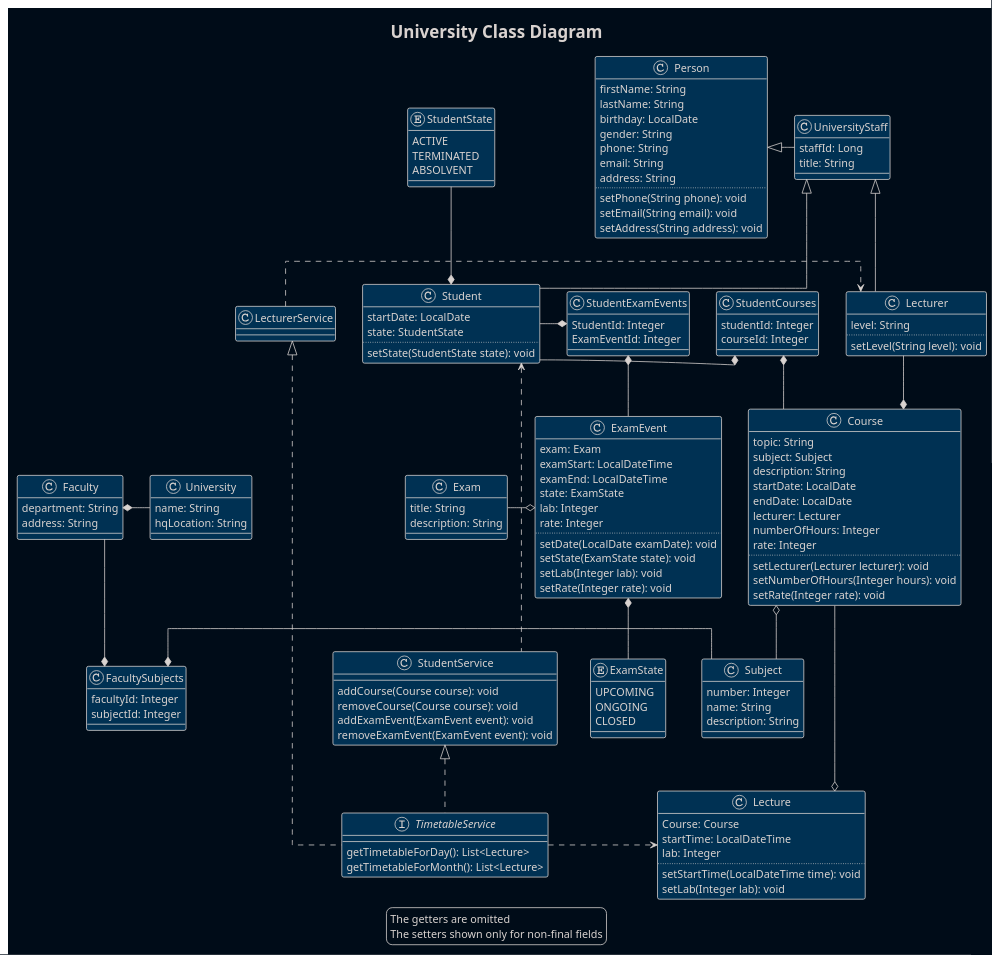
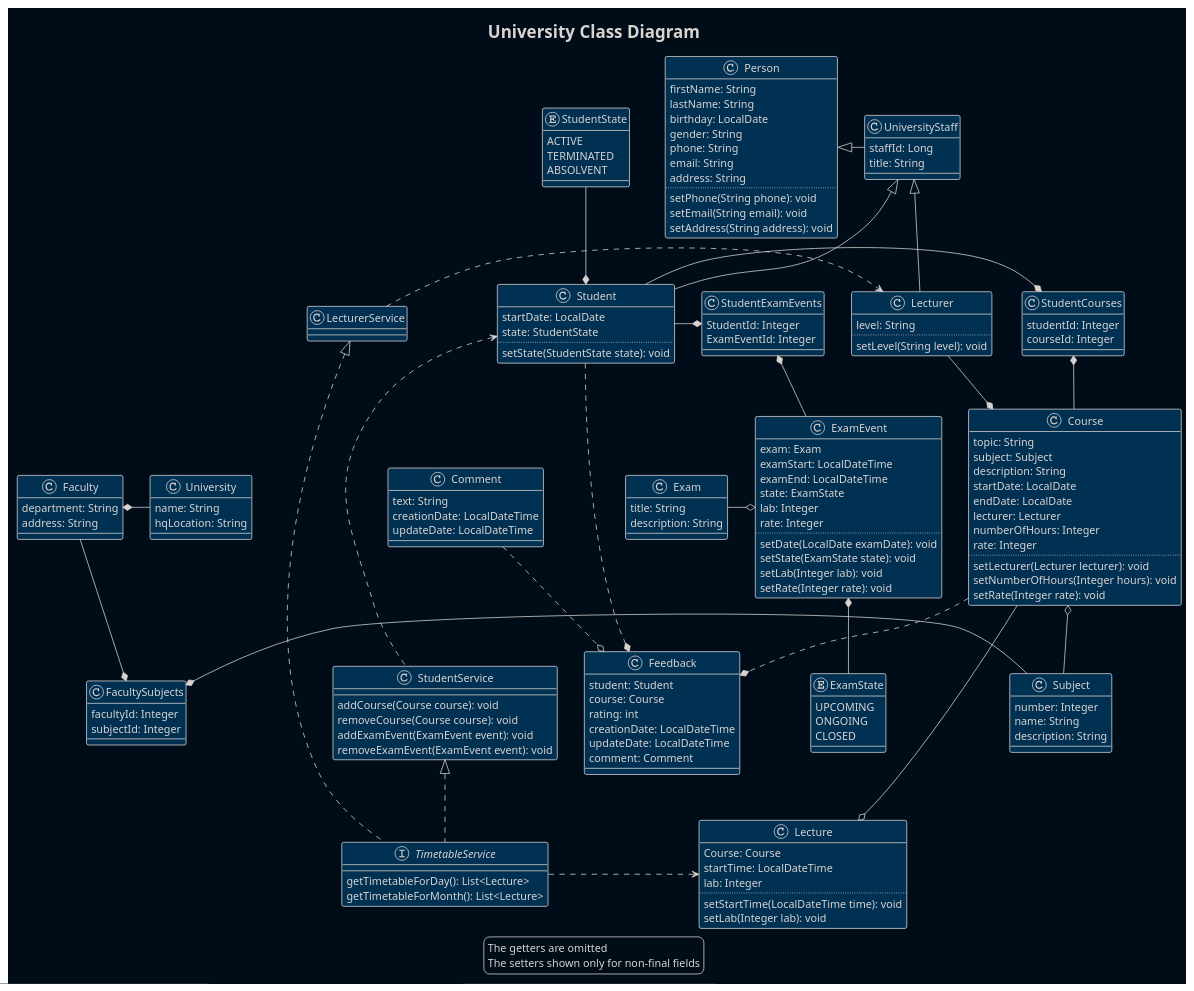
Before and after one commit to RomaEcho/University: the diagram in src/main/resources/diagrams/University.puml, drawn with PlantUML. The commit also changed 72 other files, not shown here.

```diff
--- a/src/main/resources/diagrams/University.puml
+++ b/src/main/resources/diagrams/University.puml
@@ -1,152 +1,169 @@
 @startuml
 '!theme plain
 !theme blueprint
 skinparam BackgroundColor #000c18
 'skinparam ClassBackgroundColor #000c18
-skinparam linetype ortho
+' skinparam linetype ortho
 
 title University Class Diagram
 class Person {
     firstName: String
     lastName: String
     birthday: LocalDate
     gender: String
     phone: String
     email: String
     address: String
     ..
     setPhone(String phone): void
     setEmail(String email): void
     setAddress(String address): void
 }
 class Student {
     startDate: LocalDate
     state: StudentState
     ..
     setState(StudentState state): void
 }
 enum StudentState {
     ACTIVE
     TERMINATED
     ABSOLVENT
 }
 class UniversityStaff {
     staffId: Long
     title: String
 }
 class Subject {
     number: Integer
     name: String
     description: String
 }
 
 class Course {
     topic: String
     subject: Subject
     description: String
     startDate: LocalDate
     endDate: LocalDate
     lecturer: Lecturer
     numberOfHours: Integer
     rate: Integer
     ..
     setLecturer(Lecturer lecturer): void
     setNumberOfHours(Integer hours): void
     setRate(Integer rate): void
 }
 class Lecturer {
     level: String
     ..
     setLevel(String level): void
 }
 class Exam {
     title: String
     description: String
 }
 class ExamEvent {
     exam: Exam
     examStart: LocalDateTime
     examEnd: LocalDateTime
     state: ExamState
     lab: Integer
     rate: Integer
     ..
     setDate(LocalDate examDate): void
     setState(ExamState state): void
     setLab(Integer lab): void
     setRate(Integer rate): void
 }
 enum ExamState {
     UPCOMING
     ONGOING
     CLOSED
 }
 class Faculty {
     department: String
     address: String
 }
 class University {
     name: String
     hqLocation: String
 }
 class Lecture {
     Course: Course
     startTime: LocalDateTime
     lab: Integer
     ..
     setStartTime(LocalDateTime time): void
     setLab(Integer lab): void
 }
 class StudentCourses {
     studentId: Integer
     courseId: Integer
 }
 class FacultySubjects {
     facultyId: Integer
     subjectId: Integer
 }
 class StudentExamEvents {
     StudentId: Integer    
     ExamEventId: Integer
 }
+class Feedback {
+    student: Student
+    course: Course
+    rating: int
+    creationDate: LocalDateTime
+    updateDate: LocalDateTime
+    comment: Comment
+}
+class Comment {
+    text: String
+    creationDate: LocalDateTime
+    updateDate: LocalDateTime
+}
+
 interface TimetableService {
     getTimetableForDay(): List<Lecture>
     getTimetableForMonth(): List<Lecture>
 }
 class StudentService {
     addCourse(Course course): void
     removeCourse(Course course): void
     addExamEvent(ExamEvent event): void
     removeExamEvent(ExamEvent event): void
 }
 class LecturerService
 
 Person <|-right- UniversityStaff
 UniversityStaff <|-- Student
 UniversityStaff <|-- Lecturer
 Student *-up- StudentState
 StudentCourses *- Student
 StudentCourses *- Course
 Course *-up- Lecturer
 StudentExamEvents *-- ExamEvent
 StudentExamEvents *- Student
 ExamEvent o-left- Exam
 ExamEvent *-down- ExamState
 Course o-- Subject
 Faculty --* FacultySubjects
 Subject -left-* FacultySubjects
 University -left* Faculty
 Student <... StudentService
+Student ..* Feedback
+Course ..* Feedback
+Comment ..o Feedback
 StudentService <|.. TimetableService
 LecturerService <|.. TimetableService
 LecturerService .> Lecturer
 TimetableService .right.> Lecture
 Course --o Lecture
 
 
 legend
     The getters are omitted
     The setters shown only for non-final fields
 endlegend
 
 @enduml
```
